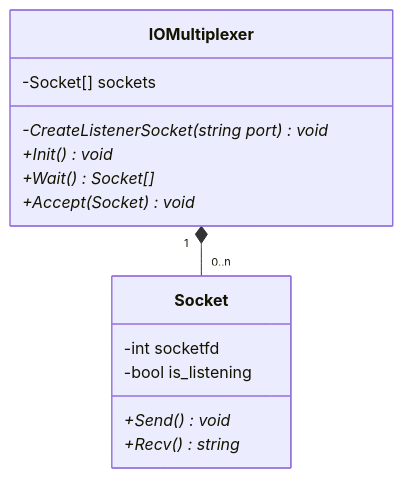
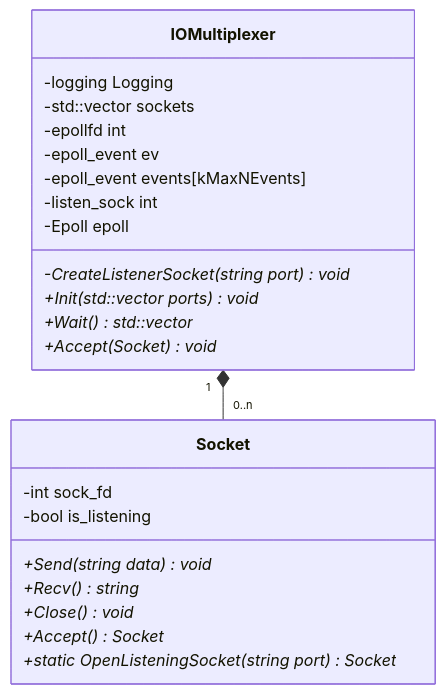
One commit to katataku/webserv changed the diagram in docs/class/socket_class.md. Above: the diagram before and after it, drawn with Mermaid. The commit also changed other lines of this file, not shown here.

Commit message:
fix: ソケットクラス図を更新

````diff
--- a/docs/class/socket_class.md
+++ b/docs/class/socket_class.md
@@ -3,19 +3,29 @@
 ```mermaid
 classDiagram
+  IOMultiplexer "1" *-- "0..n" Socket
+
   class Socket {
-    -int socketfd
+    -int sock_fd
     -bool is_listening
-    +Send()* void
+    +Send(string data)* void
     +Recv()* string
+    +Close()* void
+    +Accept()* Socket
+    +static OpenListeningSocket(string port)* Socket
   }
 
   class IOMultiplexer {
-    -Socket[] sockets
+    -logging Logging
+    -std::vector<Socket> sockets
+    -epollfd int
+    -epoll_event ev
+    -epoll_event events[kMaxNEvents]
+    -listen_sock int
     -CreateListenerSocket(string port)* void
-    +Init()* void
-    +Wait()* Socket[]
+    -Epoll epoll
+    +Init(std::vector<std::string> ports)* void
+    +Wait()* std::vector<Socket>
     +Accept(Socket)* void
   }
 
-  IOMultiplexer "1" *-- "0..n" Socket
 ```
````
